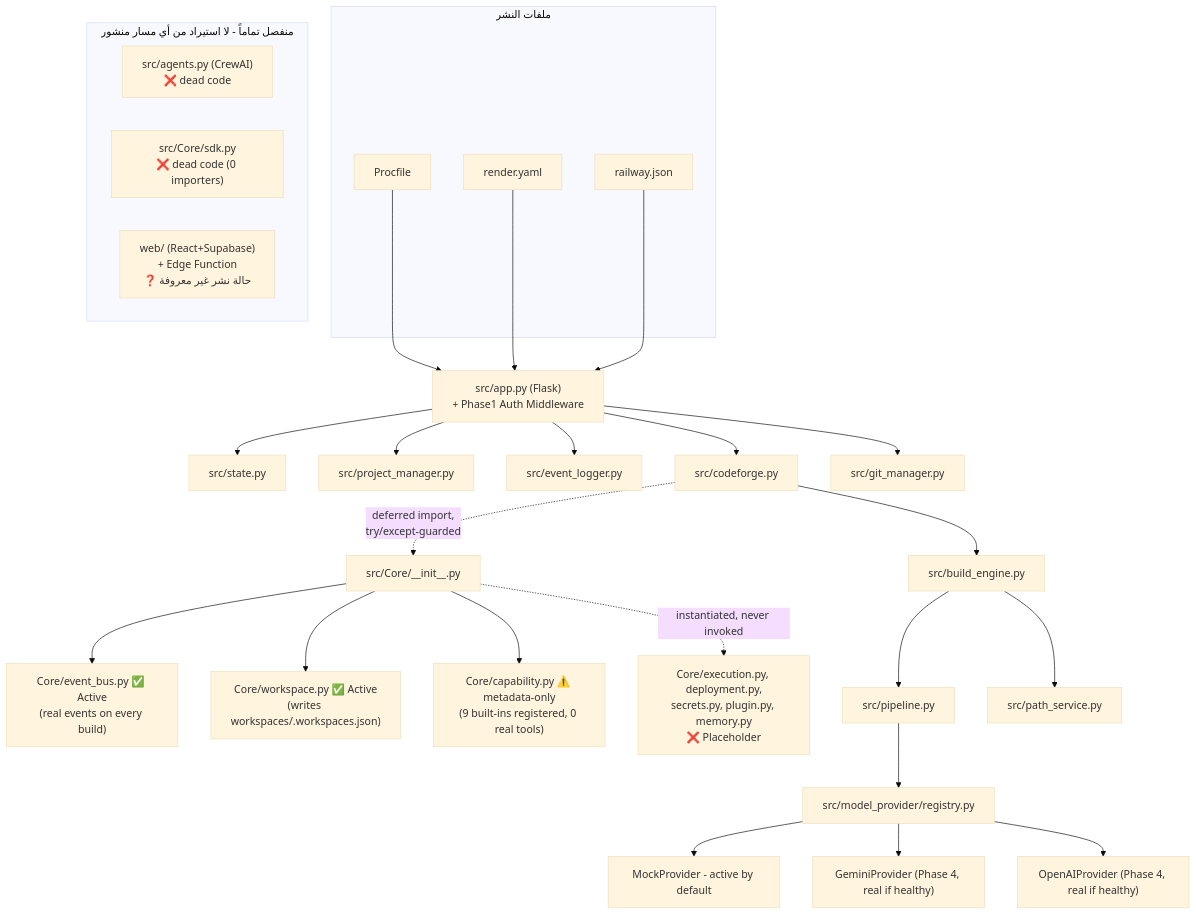
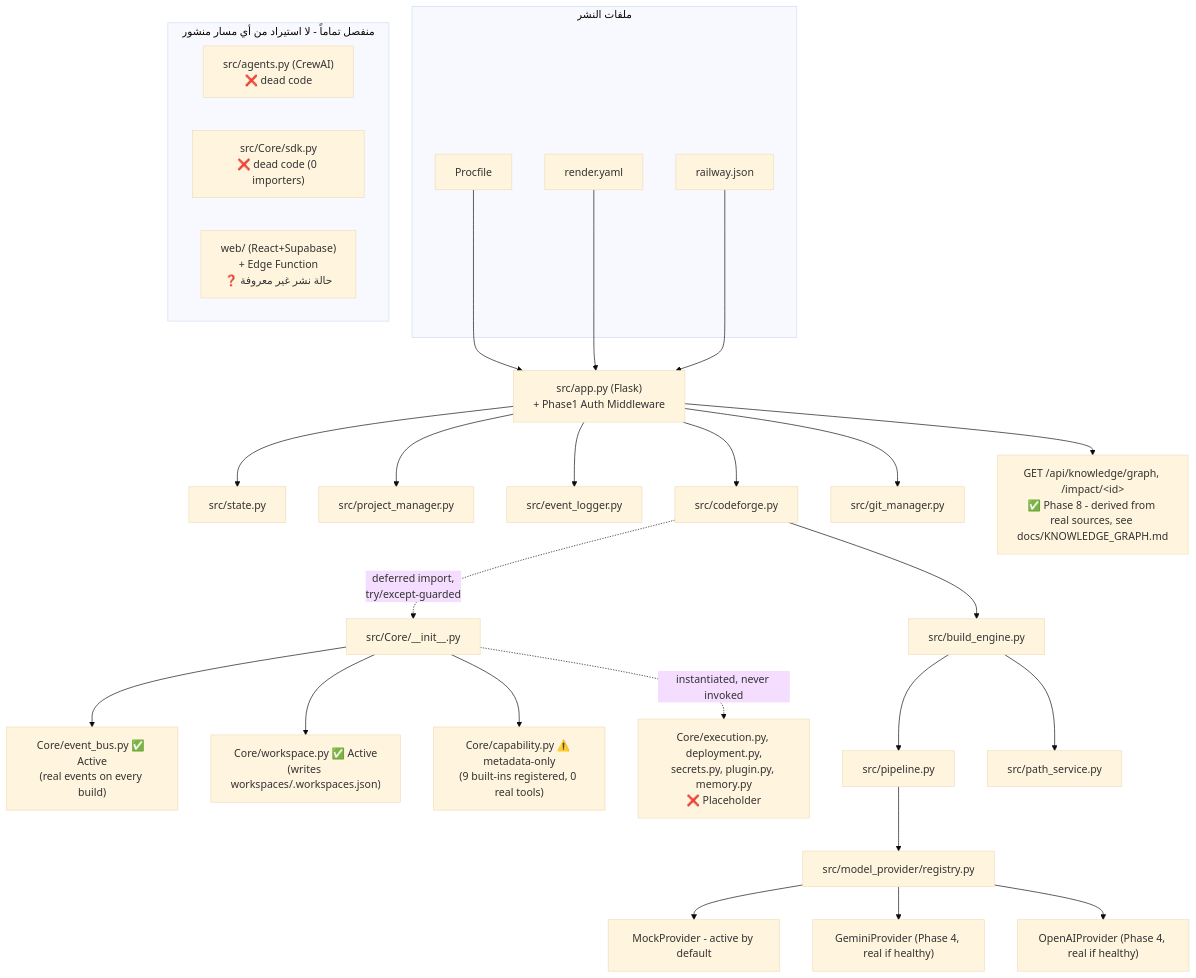
Before and after one commit to angaaamy-cpu/codeforge: the diagram in docs/ARCHITECTURE.md, drawn with Mermaid (base theme). The commit also changed 4 other files, not shown here.

````diff
--- a/docs/ARCHITECTURE.md
+++ b/docs/ARCHITECTURE.md
@@ -7,37 +7,38 @@
 ```mermaid
 flowchart TD
     subgraph Deploy["ملفات النشر"]
         PF[Procfile]
         RY[render.yaml]
         RJ[railway.json]
     end
 
     PF --> APP
     RY --> APP
     RJ --> APP
 
     APP["src/app.py (Flask)<br/>+ Phase1 Auth Middleware"] --> STATE[src/state.py]
     APP --> PM[src/project_manager.py]
     APP --> EL[src/event_logger.py]
     APP --> CF["src/codeforge.py"]
     CF --> BE[src/build_engine.py]
     CF -.->|"deferred import,<br/>try/except-guarded"| COREINIT["src/Core/__init__.py"]
     COREINIT --> EB["Core/event_bus.py ✅ Active<br/>(real events on every build)"]
     COREINIT --> WS["Core/workspace.py ✅ Active<br/>(writes workspaces/.workspaces.json)"]
     COREINIT --> CAP["Core/capability.py ⚠️ metadata-only<br/>(9 built-ins registered, 0 real tools)"]
     COREINIT -.->|"instantiated, never invoked"| INERT["Core/execution.py, deployment.py,<br/>secrets.py, plugin.py, memory.py<br/>❌ Placeholder"]
     BE --> PIPE[src/pipeline.py]
     PIPE --> PR[src/model_provider/registry.py]
     PR --> MOCK[MockProvider - active by default]
     PR --> GEM["GeminiProvider (Phase 4, real if healthy)"]
     PR --> OAI["OpenAIProvider (Phase 4, real if healthy)"]
     BE --> PS[src/path_service.py]
     APP --> GIT[src/git_manager.py]
+    APP --> KGAPI["GET /api/knowledge/graph, /impact/&lt;id&gt;<br/>✅ Phase 8 - derived from real sources, see docs/KNOWLEDGE_GRAPH.md"]
 
     subgraph Disconnected["منفصل تماماً - لا استيراد من أي مسار منشور"]
         AGENTS["src/agents.py (CrewAI)<br/>❌ dead code"]
         SDK["src/Core/sdk.py<br/>❌ dead code (0 importers)"]
         WEB["web/ (React+Supabase)<br/>+ Edge Function<br/>❓ حالة نشر غير معروفة"]
     end
 
 ```
````
